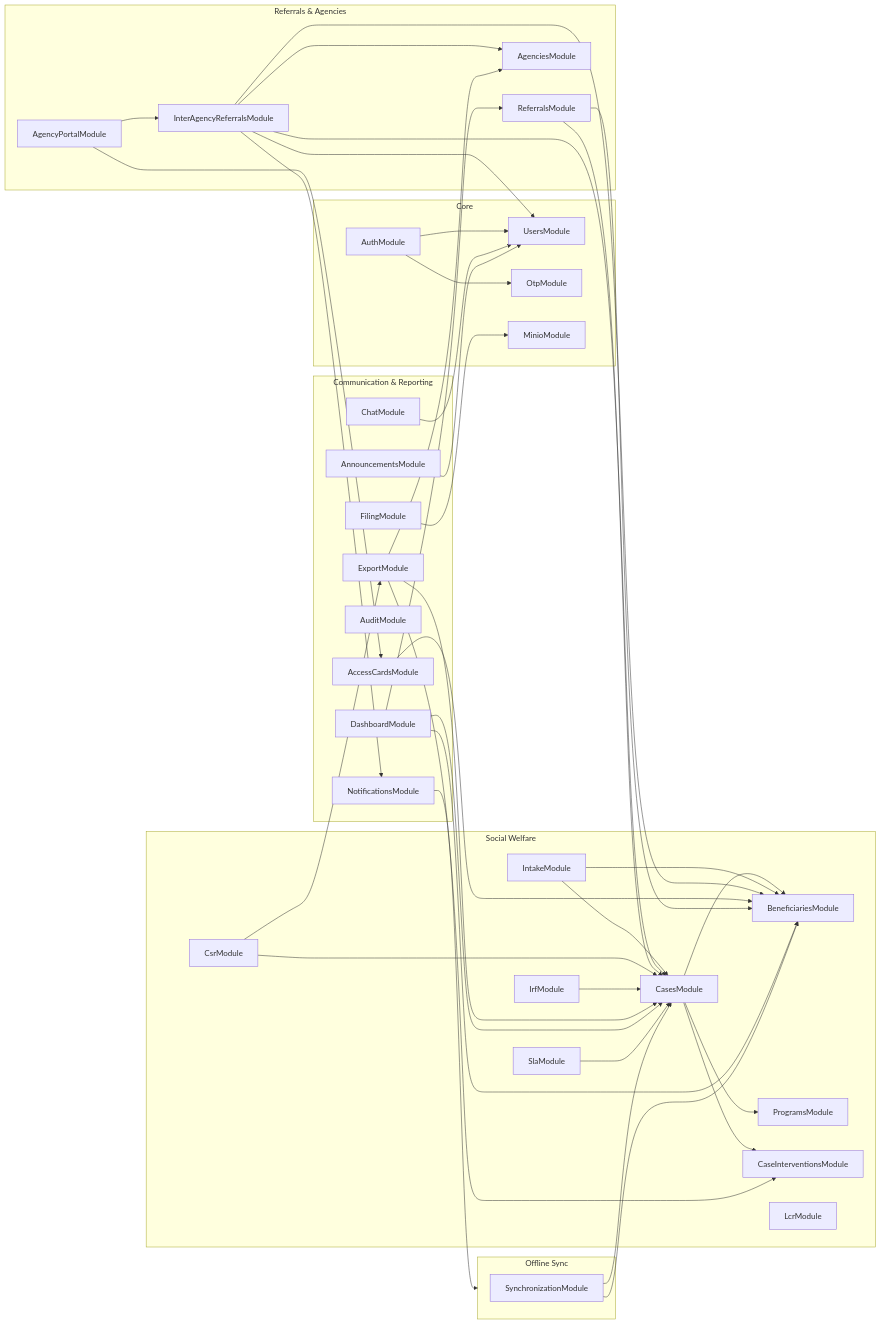
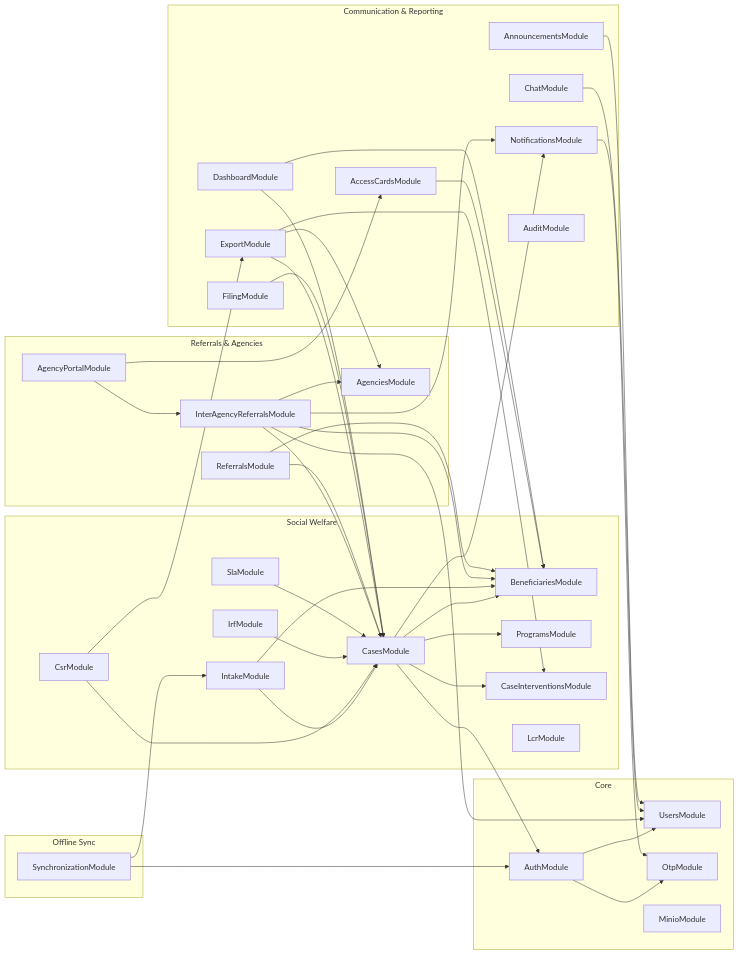
The diagram in docs/diagrams/10-program-specification.md (urlsalimbot/THESIS1-KAPWA), drawn with Mermaid before and after one commit. The commit also changed other lines of this file, not shown here.

Commit message:
docs: correct program spec endpoints, graph edges, and FR coverage per review

````diff
--- a/docs/diagrams/10-program-specification.md
+++ b/docs/diagrams/10-program-specification.md
@@ -489,73 +511,74 @@
 ```mermaid
 flowchart LR
     subgraph CORE["Core"]
         AUTH[AuthModule]
         USERS[UsersModule]
         OTP[OtpModule]
         MINIO[MinioModule]
     end
     subgraph WELFARE["Social Welfare"]
         BEN[BeneficiariesModule]
         CASES[CasesModule]
         PROG[ProgramsModule]
         INTK[IntakeModule]
         CI[CaseInterventionsModule]
         IRF[IrfModule]
         CSR[CsrModule]
         SLA[SlaModule]
         LCR[LcrModule]
     end
     subgraph REFERRAL["Referrals & Agencies"]
         REF[ReferralsModule]
         AGY[AgenciesModule]
         IAR[InterAgencyReferralsModule]
         AP[AgencyPortalModule]
     end
     subgraph COMMS["Communication & Reporting"]
         NOTIF[NotificationsModule]
         CHAT[ChatModule]
         ANN[AnnouncementsModule]
         DASH[DashboardModule]
         AUDIT[AuditModule]
         EXP[ExportModule]
         FIL[FilingModule]
         AC[AccessCardsModule]
     end
     subgraph SYNC["Offline Sync"]
         SYNCMOD[SynchronizationModule]
     end
 
     AUTH --> USERS
     AUTH --> OTP
+    CASES --> NOTIF
+    CASES --> AUTH
     CASES --> BEN
     CASES --> PROG
     CASES --> CI
     INTK --> BEN
     INTK --> CASES
     IAR --> AGY
     IAR --> BEN
     IAR --> CASES
     IAR --> NOTIF
     IAR --> USERS
     AP --> IAR
     AP --> AC
     AC --> BEN
     REF --> CASES
     REF --> BEN
     CSR --> CASES
     CSR --> EXP
     IRF --> CASES
     EXP --> CI
     EXP --> CASES
     EXP --> AGY
-    FIL --> MINIO
-    NOTIF --> SYNC
+    FIL --> CASES
+    NOTIF --> OTP
     CHAT --> USERS
     DASH --> CASES
     DASH --> BEN
-    DASH --> REF
     SLA --> CASES
-    SYNCMOD --> CASES
-    SYNCMOD --> BEN
+    SYNCMOD --> INTK
+    SYNCMOD --> AUTH
     ANN --> USERS
 ```
````
